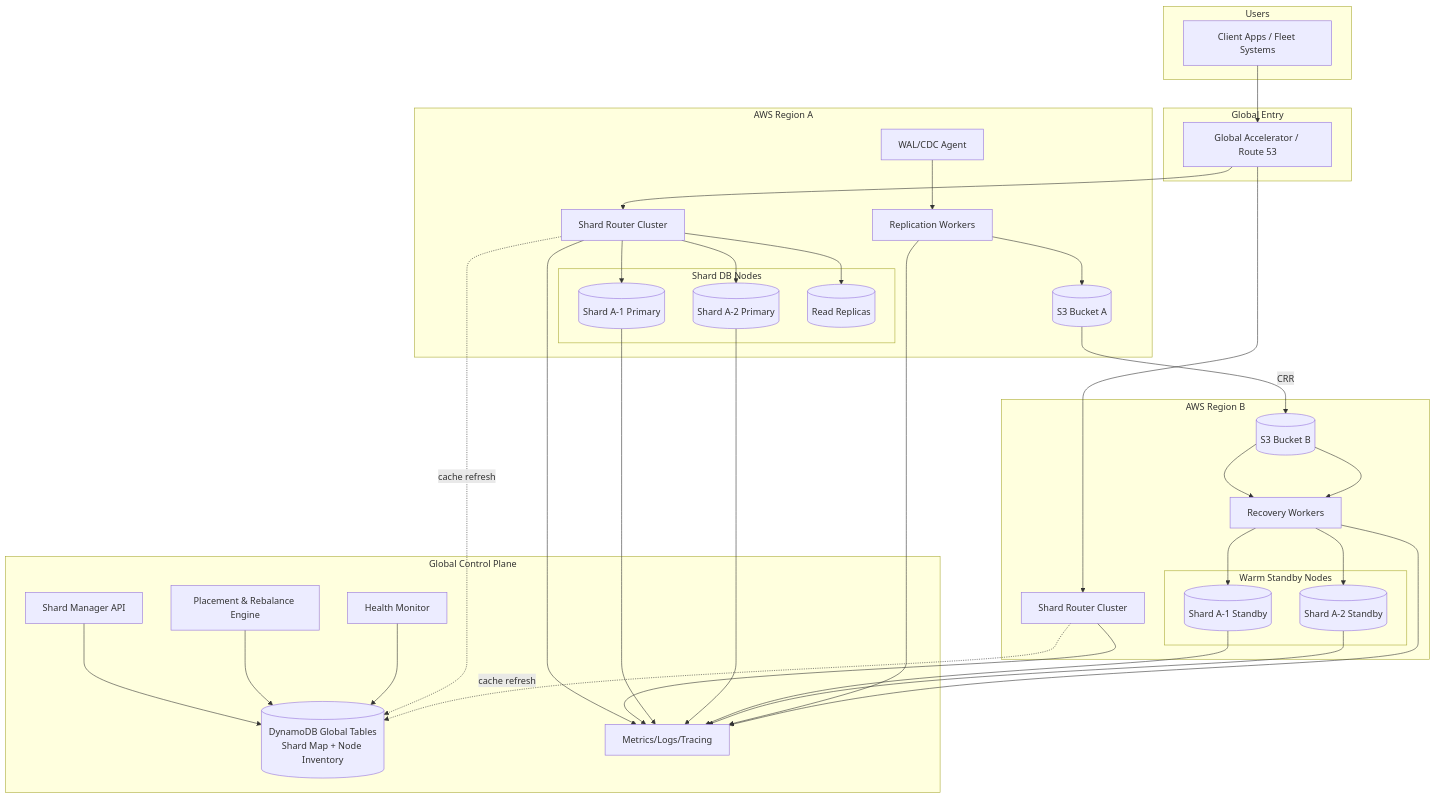
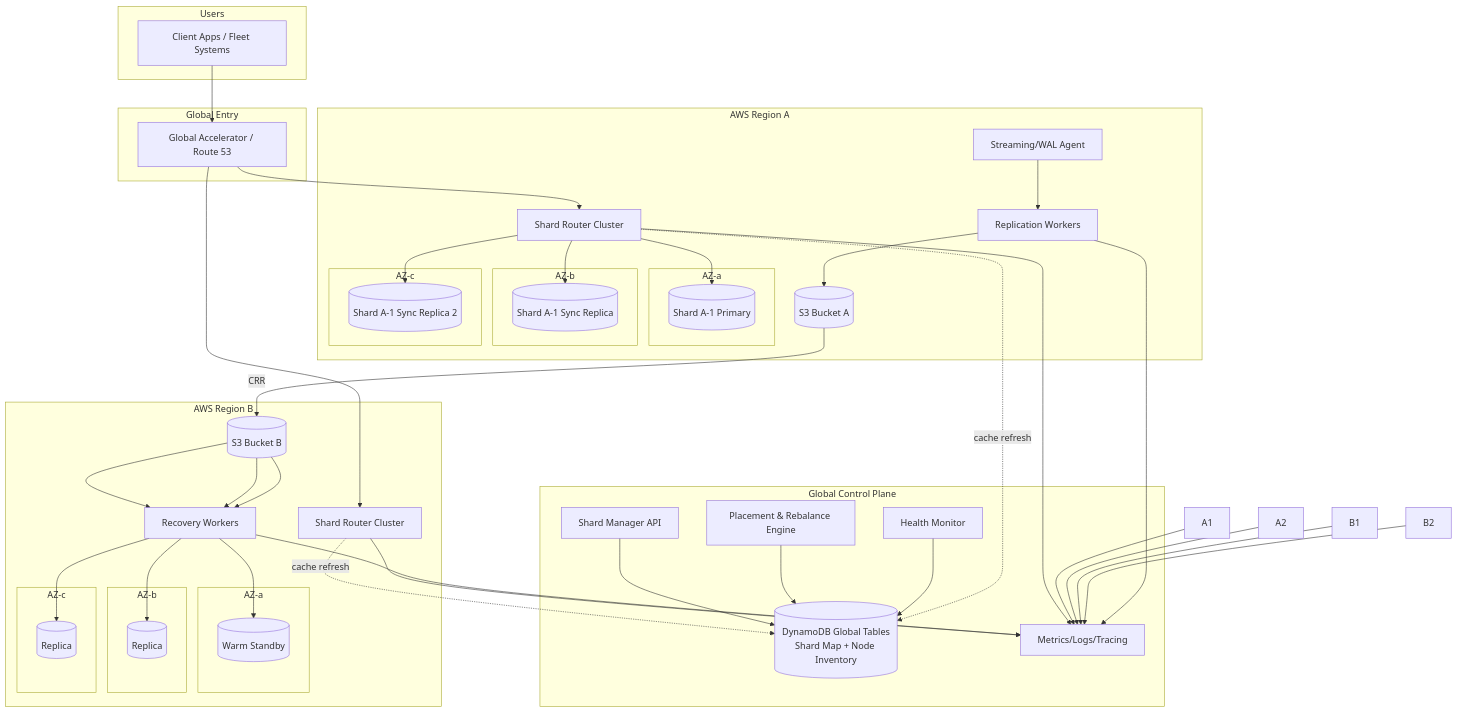
One commit to ekuelkpodar/DistributedDatabaseSharding changed the diagram in README.md. Above: the diagram before and after it, drawn with Mermaid. The commit also changed 2 other files, not shown here.

Commit message:
Add AZ placement to shards and update architecture mermaid

````diff
--- a/README.md
+++ b/README.md
@@ -37,68 +37,78 @@
 ```mermaid
 flowchart TB
   subgraph Users
     APP[Client Apps / Fleet Systems]
   end
 
   subgraph GlobalEdge[Global Entry]
     GA[Global Accelerator / Route 53]
   end
 
   subgraph RegionA[AWS Region A]
     RTA[Shard Router Cluster]
-    subgraph DbsA[Shard DB Nodes]
-      A1[(Shard A-1 Primary)]
-      A2[(Shard A-2 Primary)]
-      AR1[(Read Replicas)]
+    subgraph AZA1[AZ-a]
+      A1P[(Shard A-1 Primary)]
     end
-    CdcA[WAL/CDC Agent]
+    subgraph AZA2[AZ-b]
+      A1R1[(Shard A-1 Sync Replica)]
+    end
+    subgraph AZA3[AZ-c]
+      A1R2[(Shard A-1 Sync Replica 2)]
+    end
+    CdcA[Streaming/WAL Agent]
     WkrA[Replication Workers]
     S3A[(S3 Bucket A)]
   end
 
   subgraph RegionB[AWS Region B]
     RTB[Shard Router Cluster]
-    subgraph DbsB[Warm Standby Nodes]
-      B1[(Shard A-1 Standby)]
-      B2[(Shard A-2 Standby)]
+    subgraph BZ1[AZ-a]
+      B1W[(Warm Standby)]
+    end
+    subgraph BZ2[AZ-b]
+      B1R1[(Replica)]
+    end
+    subgraph BZ3[AZ-c]
+      B1R2[(Replica)]
     end
     WkrB[Recovery Workers]
     S3B[(S3 Bucket B)]
   end
 
   subgraph ControlPlane[Global Control Plane]
     SM[Shard Manager API]
     PE[Placement & Rebalance Engine]
     HM[Health Monitor]
     META[(DynamoDB Global Tables\nShard Map + Node Inventory)]
     OBS[Metrics/Logs/Tracing]
   end
 
   APP --> GA
   GA --> RTA
   GA --> RTB
 
-  RTA --> A1
-  RTA --> A2
-  RTA --> AR1
+  RTA --> A1P
+  RTA --> A1R1
+  RTA --> A1R2
 
   CdcA --> WkrA --> S3A
   S3A -- CRR --> S3B
-  S3B --> WkrB --> B1
-  S3B --> WkrB --> B2
+  S3B --> WkrB --> B1W
+  S3B --> WkrB --> B1R1
+  S3B --> WkrB --> B1R2
 
   SM --> META
   PE --> META
   HM --> META
   RTA -. cache refresh .-> META
   RTB -. cache refresh .-> META
 
   RTA --> OBS
   RTB --> OBS
   A1 --> OBS
   A2 --> OBS
   B1 --> OBS
   B2 --> OBS
   WkrA --> OBS
   WkrB --> OBS
 ```
````
